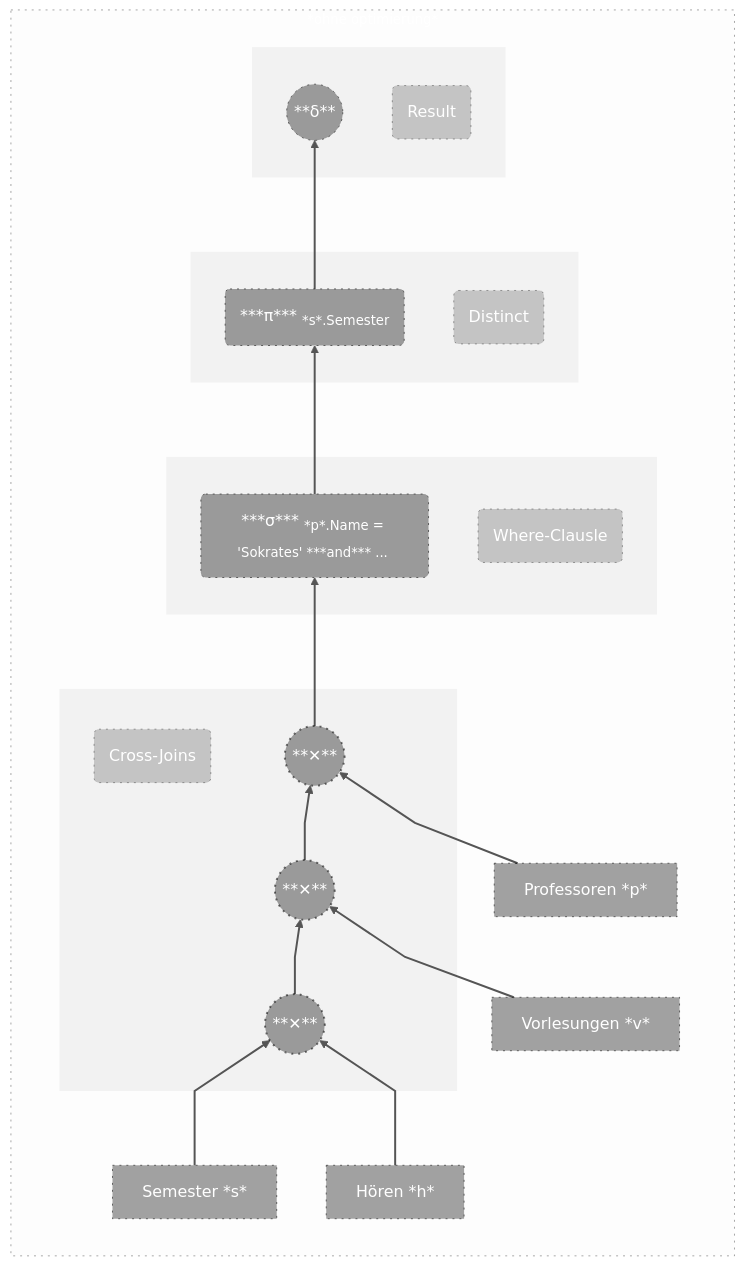
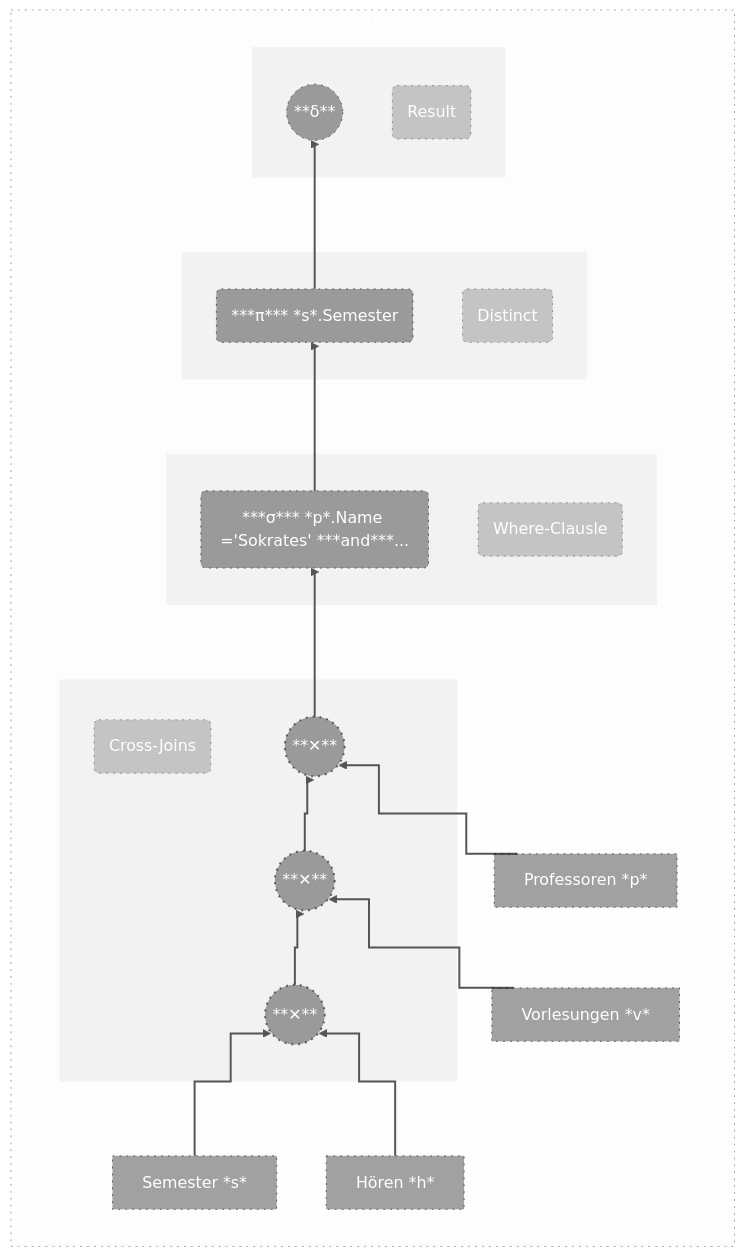
The diagram in diagrams/logische-optimierung.md (IxI-Enki/DbiTheorie-001), drawn with Mermaid (neutral theme) before and after one commit. The commit also changed other lines of this file, not shown here.

````diff
--- a/diagrams/logische-optimierung.md
+++ b/diagrams/logische-optimierung.md
@@ -11,74 +4,72 @@
 ```mermaid
-%%{init: { "flowchart": { "curve": "linear" } } }%%
+%%{init: { "flowchart": { "curve": "step" } } }%%
 
 flowchart BT
   classDef steps fill:#00000002, stroke:#0000005a, stroke-width:1px, color:#fff, stroke-dasharray: 2 5;
 
-  subgraph step0[ <sup> *ohne optimierung* </sup> ]
+  subgraph step0[ *ohne optimierung* ]
     direction BT
   classDef cross fill:#0000005d, stroke:#0000008a, stroke-width:2px, color:#fff, stroke-dasharray: 2 5;
   classDef node fill:#0000005d, stroke:#0000008a, stroke-width:1px, color:#fff, stroke-dasharray: 2 5;
   classDef sub fill:#0000000b, stroke:#ffffff0e, stroke-width:1px, color:#fff;
   classDef note fill:#00000031, stroke:#0000005a, stroke-width:1px, color:#fff, stroke-dasharray: 2 5;
 
   noteX
   0((**δ**))
-  1(***π*** <sub>*s*.Semester</sub>)
-  2(***σ*** <sub>*p*.Name = 'Sokrates' ***and*** ... </sub>)
+  1(***π*** *s*.Semester )
+  2(***σ*** *p*.Name ='Sokrates' ***and***... )
   p[Professoren *p*]
   s[Semester *s*]
   h[Hören *h*]
   v[Vorlesungen *v*]
    x((**✕**))
   x2((**✕**))
   x3((**✕**))
   
   class x,x2,x3 cross;
   class 0,1,2,p,v,s,h node;
   %% 0  
   1  --> 0        
   %% 1      
   2  --> 1        
   %% 2      
   x  --> 2        
   %% 3      
   x2 --> x        
   %% 4      
   x3 --> x2       
   %% 5      
   v  --> x2       
   %% 6      
   p  --> x        
   %% 7      
   s  --> x3       
   %% 8      
   h  --> x3       
   linkStyle 0,1,2,3,4,5,6,7,8 fill:none, stroke:#555, stroke-width:2px, color:white;
   
   
   subgraph sub0 [" "]
     0
     note( Result )
   end
   subgraph sub1 [" "]
     1
     note1( Distinct )
   end
   subgraph sub2 [" "]
     2
     note2( Where-Clausle )
   end
  
   subgraph subX [" "]
     noteX( Cross-Joins )
     x  
     x2
     x3
   end
   class sub0,sub1,sub2,subP,subV,subS,subH,subX sub;
   class note,note1,note2,noteH,noteS,noteV,noteP,noteX note;
 end
 class step0 steps;
-
-  
 ```
````
